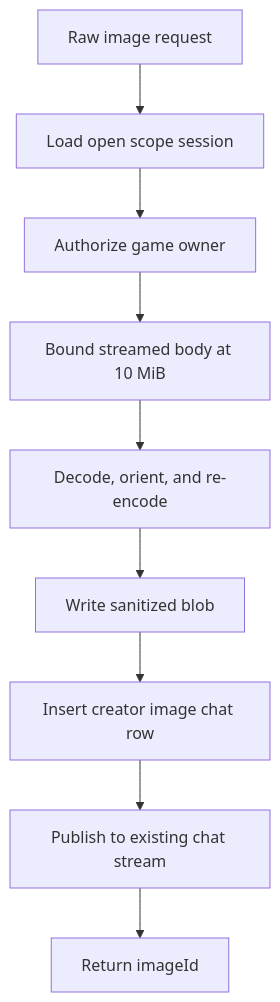
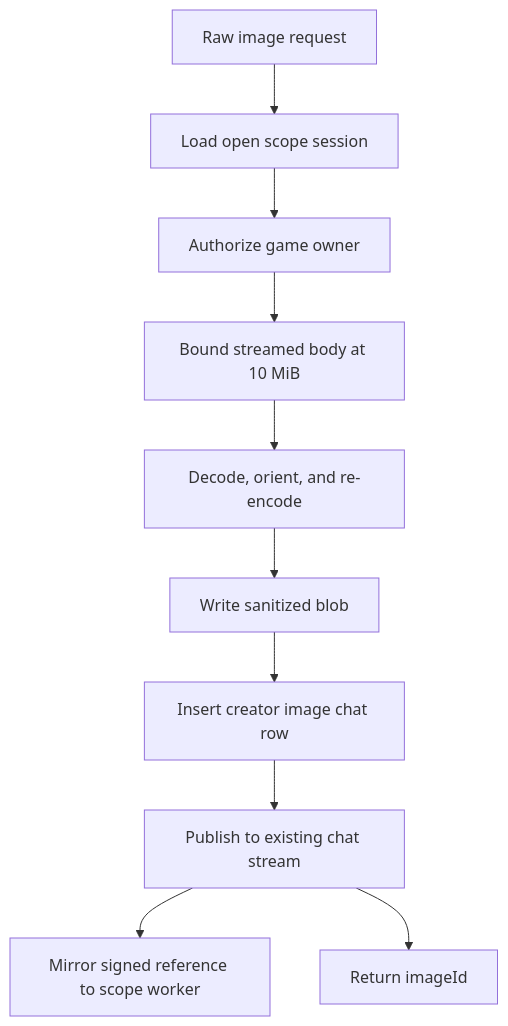
The diagram in docs/plans/2026-11-01-003-feat-creator-image-upload-plan.md (its-applekid/open-game-maker), drawn with Mermaid before and after one commit. The commit also changed other lines of this file and 6 other files, not shown here.

````diff
--- a/docs/plans/2026-11-01-003-feat-creator-image-upload-plan.md
+++ b/docs/plans/2026-11-01-003-feat-creator-image-upload-plan.md
@@ -88,11 +88,12 @@
 ```mermaid
 flowchart TB
   Request[Raw image request] --> Session[Load open scope session]
   Session --> Owner[Authorize game owner]
   Owner --> Limit[Bound streamed body at 10 MiB]
   Limit --> Sanitize[Decode, orient, and re-encode]
   Sanitize --> Blob[Write sanitized blob]
   Blob --> Message[Insert creator image chat row]
   Message --> Publish[Publish to existing chat stream]
+  Publish --> Mirror[Mirror signed reference to scope worker]
   Publish --> Response[Return imageId]
 ```
````
